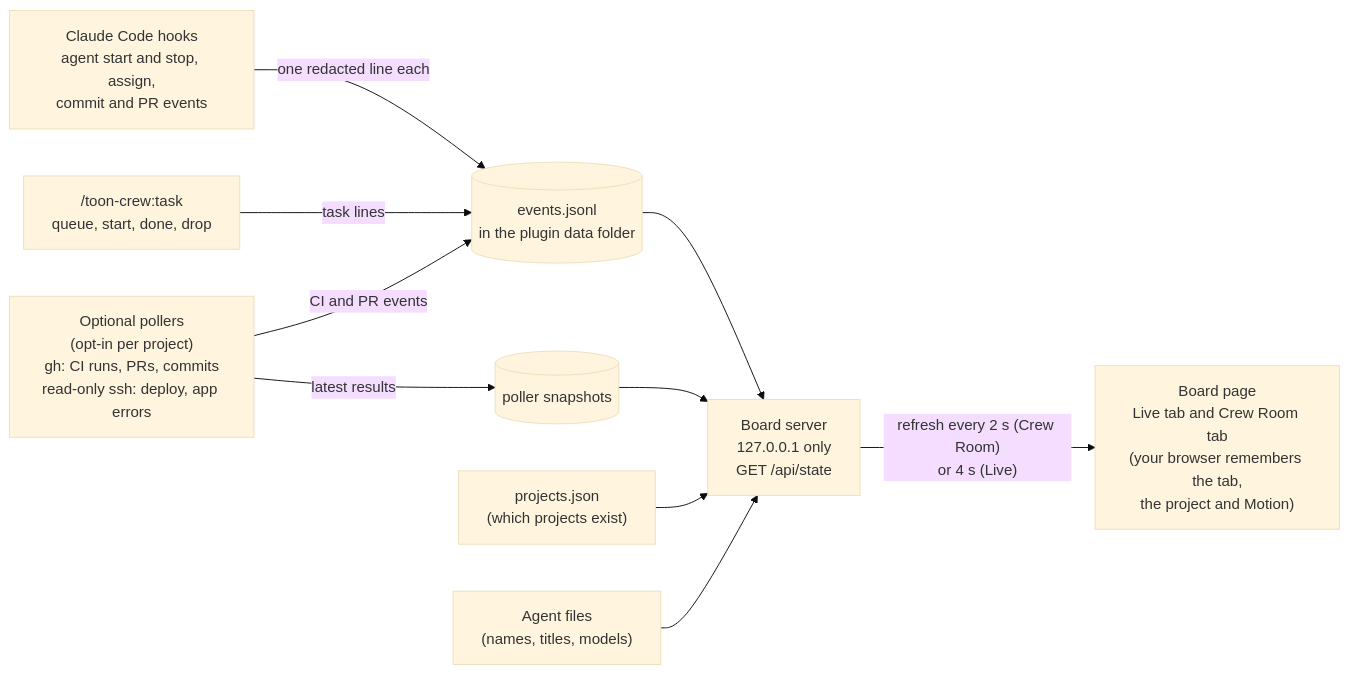
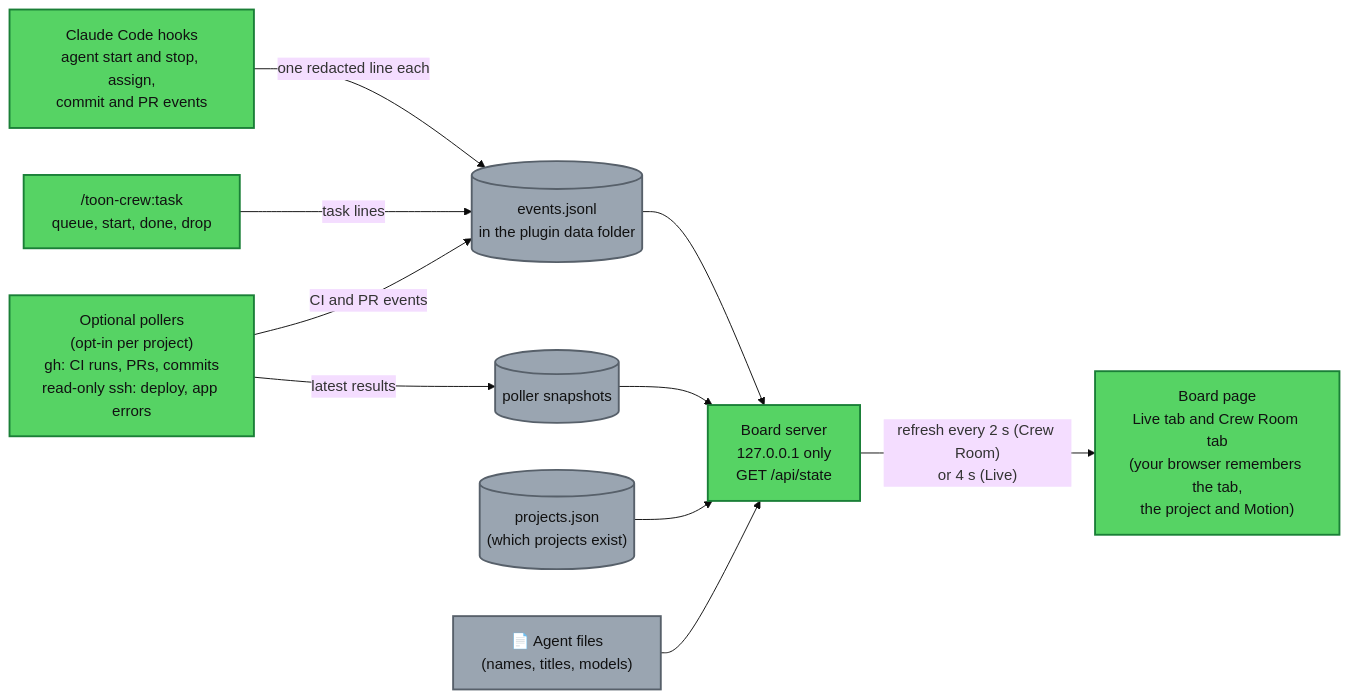
The third of 4 diagrams in README.md (amanpatil808/claude-crew), drawn with Mermaid (base theme) before and after one commit. The commit also changed other lines of this file and 8 other files, not shown here.

First line of the commit message:
README: real Crew Room screenshots, coloured diagrams, demo seeder

````diff
--- a/README.md
+++ b/README.md
@@ -140,22 +210,37 @@
 ```mermaid
 flowchart LR
   HK["Claude Code hooks<br/>agent start and stop, assign,<br/>commit and PR events"]
   TK["/toon-crew:task<br/>queue, start, done, drop"]
   PO["Optional pollers<br/>(opt-in per project)<br/>gh: CI runs, PRs, commits<br/>read-only ssh: deploy, app errors"]
   EV[("events.jsonl<br/>in the plugin data folder")]
   SN[("poller snapshots")]
-  RG["projects.json<br/>(which projects exist)"]
-  AF["Agent files<br/>(names, titles, models)"]
+  RG[("projects.json<br/>(which projects exist)")]
+  AF["📄 Agent files<br/>(names, titles, models)"]
   SV["Board server<br/>127.0.0.1 only<br/>GET /api/state"]
   PG["Board page<br/>Live tab and Crew Room tab<br/>(your browser remembers the tab,<br/>the project and Motion)"]
 
   HK -->|"one redacted line each"| EV
   TK -->|"task lines"| EV
   PO -->|"CI and PR events"| EV
   PO -->|"latest results"| SN
   EV --> SV
   SN --> SV
   RG --> SV
   AF --> SV
   SV -->|"refresh every 2 s (Crew Room)<br/>or 4 s (Live)"| PG
+
+  classDef mgmt fill:#58a6ff,stroke:#1f6feb,color:#111,stroke-width:2px
+  classDef backend fill:#e3b341,stroke:#9a6700,color:#111,stroke-width:2px
+  classDef frontend fill:#ff7b72,stroke:#cf222e,color:#111,stroke-width:2px
+  classDef devops fill:#39c5cf,stroke:#0e7490,color:#111,stroke-width:2px
+  classDef security fill:#8e9cf5,stroke:#4c5bd4,color:#111,stroke-width:2px
+  classDef qa fill:#bc8cff,stroke:#8250df,color:#111,stroke-width:2px
+  classDef research fill:#f0883e,stroke:#bc4c00,color:#111,stroke-width:2px
+  classDef docs fill:#f778ba,stroke:#bf3989,color:#111,stroke-width:2px
+  classDef helpers fill:#c9b97a,stroke:#8a7a3a,color:#111,stroke-width:2px
+  classDef data fill:#9aa5b1,stroke:#57606a,color:#111,stroke-width:2px
+  classDef board fill:#56d364,stroke:#1a7f37,color:#111,stroke-width:2px
+  classDef ext fill:#c5ccd4,stroke:#57606a,color:#111,stroke-width:2px,stroke-dasharray:5 3
+  class HK,TK,PO,SV,PG board
+  class EV,SN,RG,AF data
 ```
````
